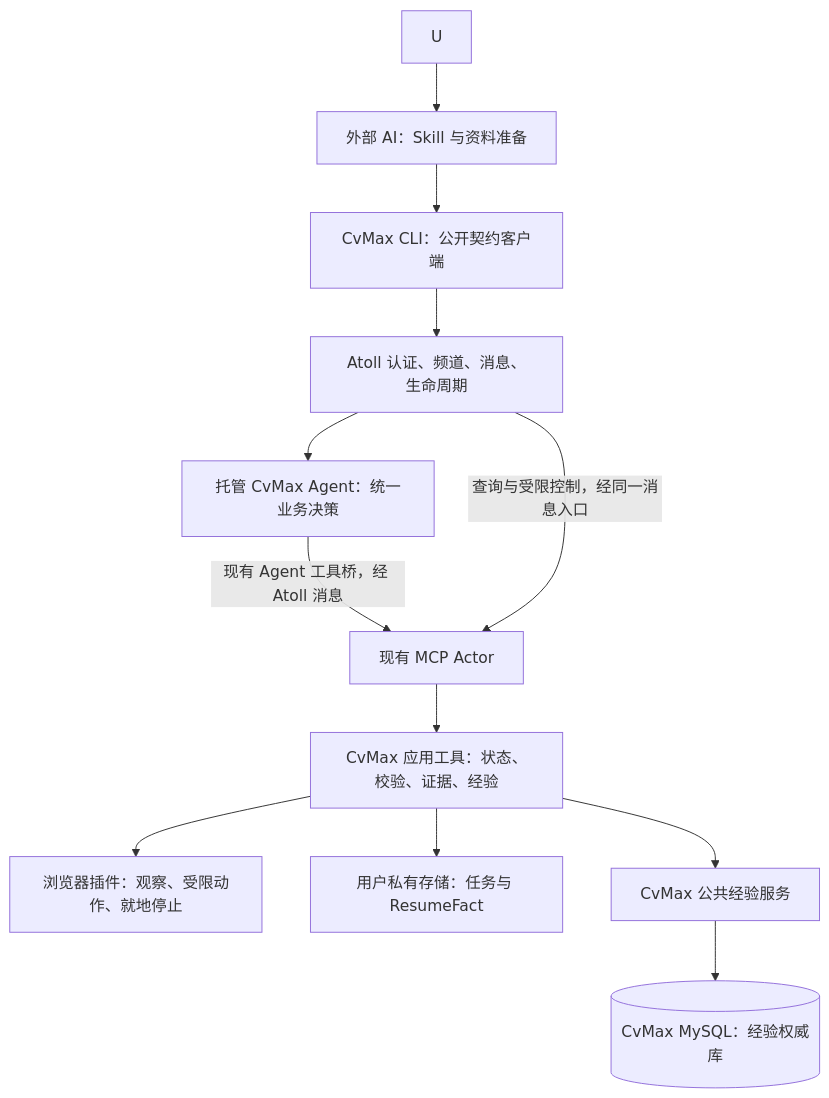
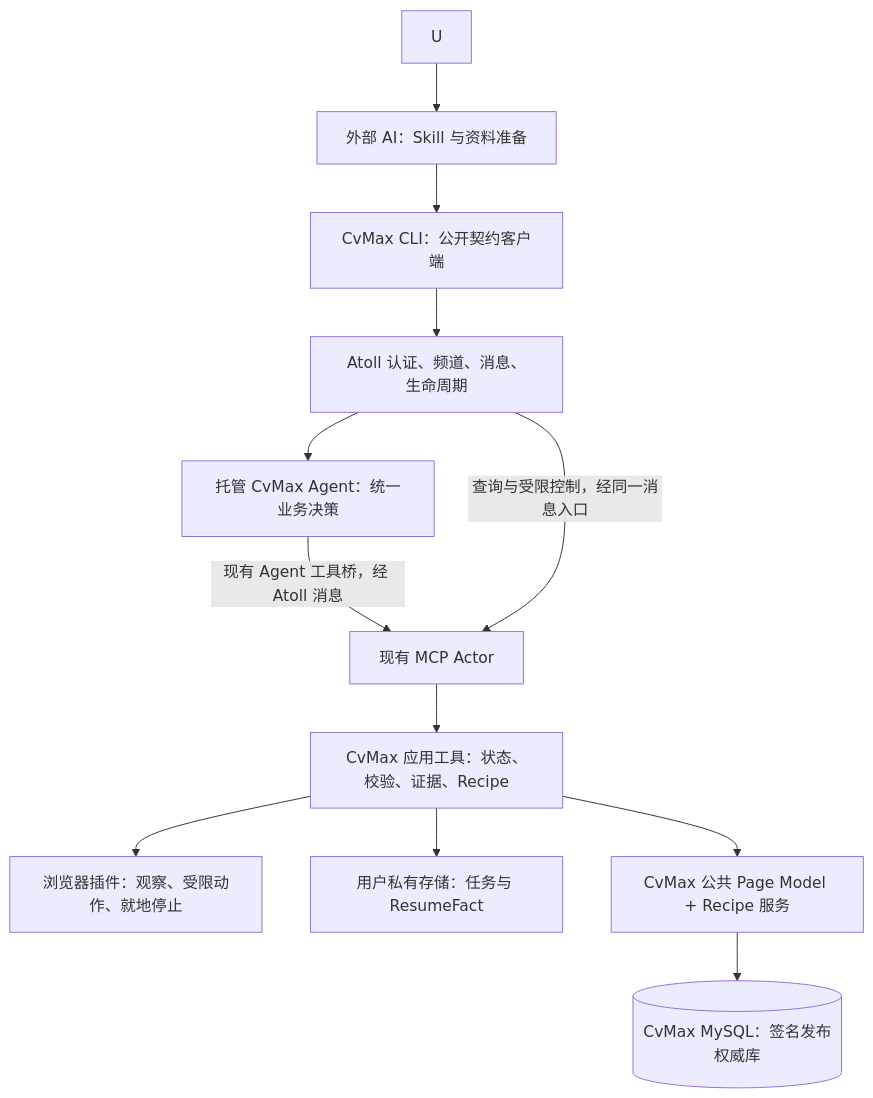
The diagram in tools/cvmax/SYSTEM-DESIGN.md (itsallsame/atoll), drawn with Mermaid before and after one commit. The commit also changed other lines of this file and 147 other files, not shown here.

````diff
--- a/tools/cvmax/SYSTEM-DESIGN.md
+++ b/tools/cvmax/SYSTEM-DESIGN.md
@@ -15,14 +17,14 @@
 ```mermaid
 flowchart TD
   U --> E[外部 AI：Skill 与资料准备]
   E --> C[CvMax CLI：公开契约客户端]
   C --> P[Atoll 认证、频道、消息、生命周期]
   P --> A[托管 CvMax Agent：统一业务决策]
   A -->|现有 Agent 工具桥，经 Atoll 消息| M[现有 MCP Actor]
   P -->|查询与受限控制，经同一消息入口| M
-  M --> J[CvMax 应用工具：状态、校验、证据、经验]
+  M --> J[CvMax 应用工具：状态、校验、证据、Recipe]
   J --> B[浏览器插件：观察、受限动作、就地停止]
   J --> D[用户私有存储：任务与 ResumeFact]
-  J --> R[CvMax 公共经验服务]
-  R --> SQL[(CvMax MySQL：经验权威库)]
+  J --> R[CvMax 公共 Page Model + Recipe 服务]
+  R --> SQL[(CvMax MySQL：签名发布权威库)]
 ```
````
